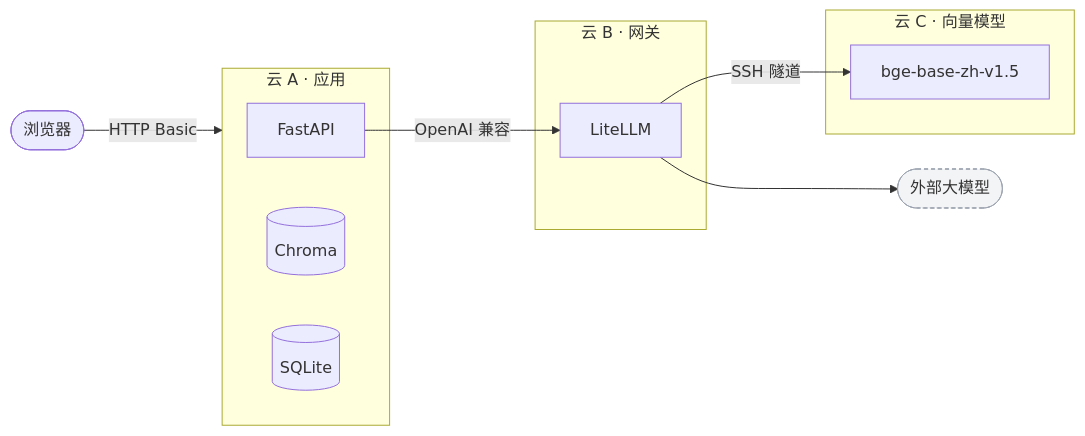
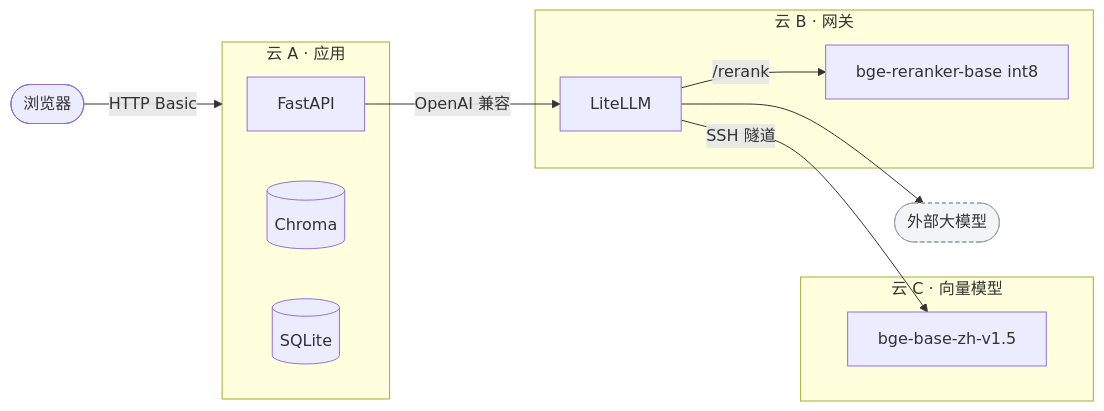
The diagram in README.md (wangyd1988/doc2sop), drawn with Mermaid before and after one commit. The commit also changed other lines of this file and 10 other files, not shown here.

First line of the commit message:
接入交叉编码器重排：bge-reranker-base int8 经网关 /rerank，融合召回前 12 条精排取 8

````diff
--- a/README.md
+++ b/README.md
@@ -53,20 +53,22 @@
 ```mermaid
 flowchart LR
     U([浏览器]) -->|HTTP Basic| A
     subgraph A["云 A · 应用"]
         APP[FastAPI]
         CH[(Chroma)]
         DB[(SQLite)]
     end
     subgraph B["云 B · 网关"]
         LL[LiteLLM]
+        RR[bge-reranker-base int8]
     end
     subgraph C["云 C · 向量模型"]
         EMB[bge-base-zh-v1.5]
     end
     EXT([外部大模型]):::ext
     APP -->|OpenAI 兼容| LL
     LL -->|SSH 隧道| EMB
+    LL -->|/rerank| RR
     LL --> EXT
     classDef ext fill:#f3f4f6,stroke:#9ca3af,stroke-dasharray:4 3
 ```
````
